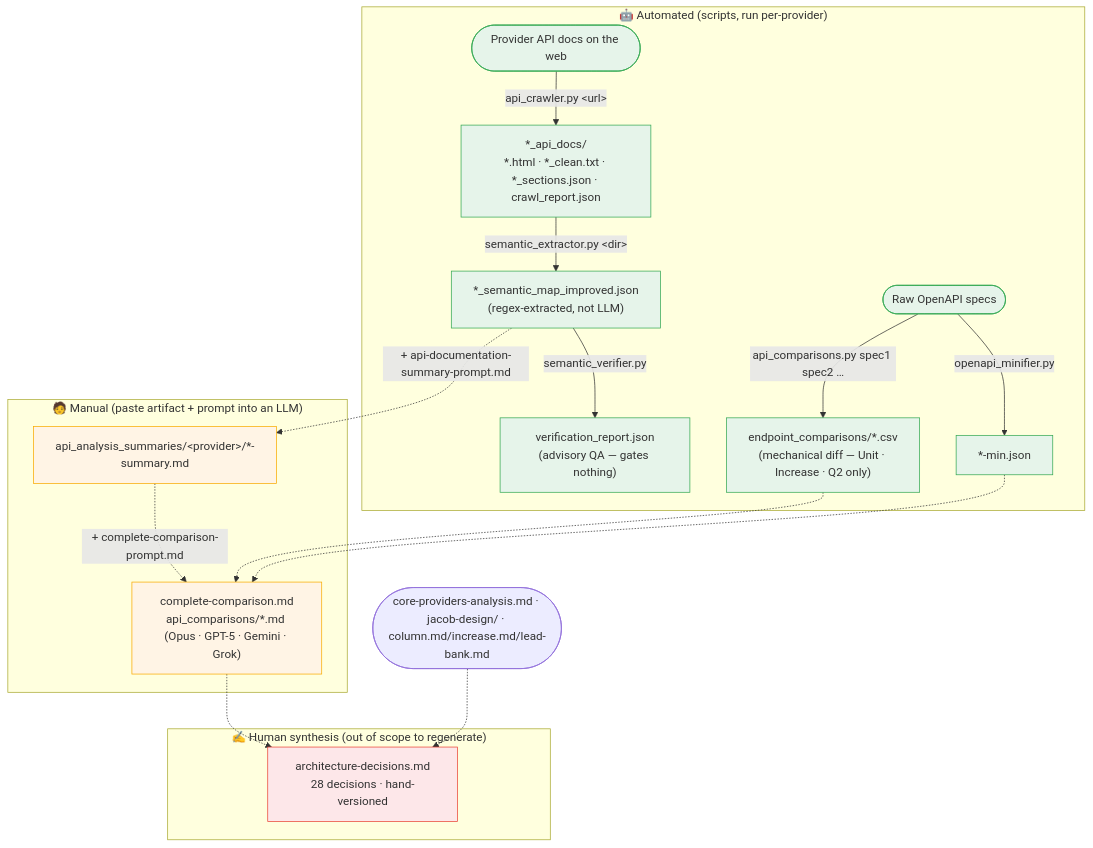
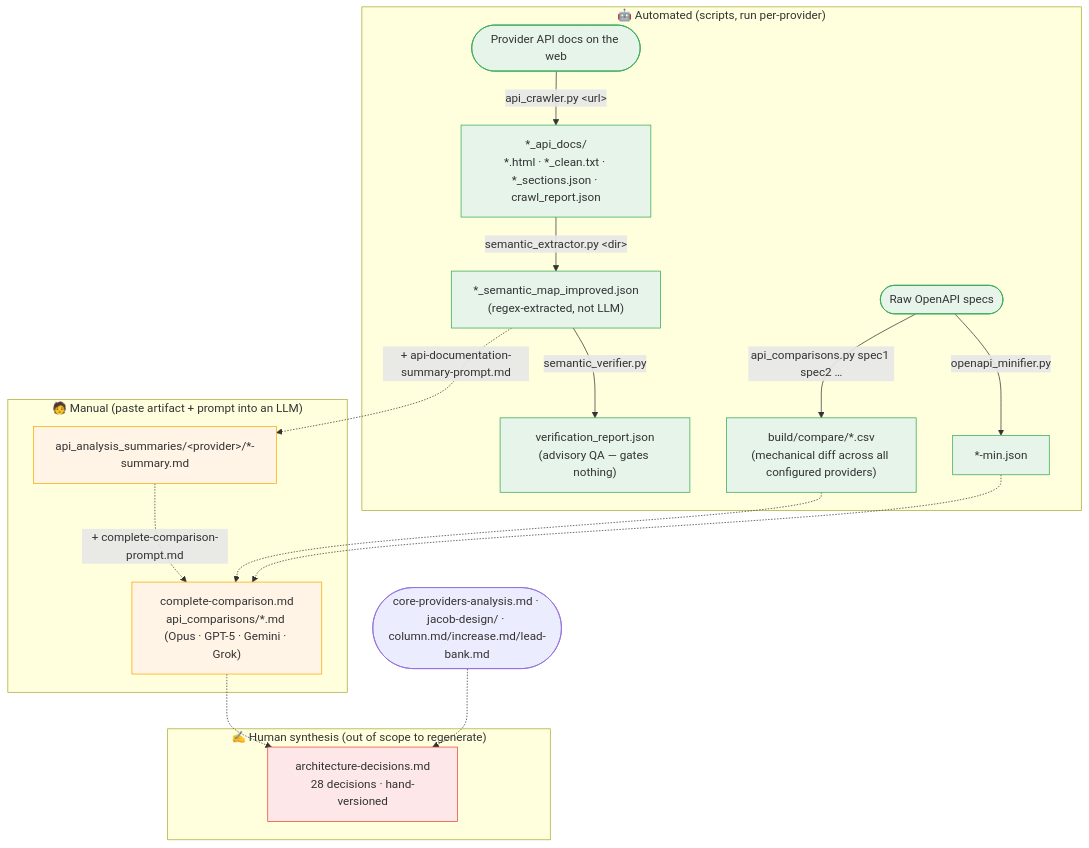
Before and after one commit to Cassandra-Labs-Foundation/cassandra-core: the diagram in research/PIPELINE.md, drawn with Mermaid. The commit also changed other lines of this file and 293 other files, not shown here.

````diff
--- a/research/PIPELINE.md
+++ b/research/PIPELINE.md
@@ -13,33 +13,33 @@
 ```mermaid
 flowchart TD
     subgraph AUTO["🤖 Automated (scripts, run per-provider)"]
         web([Provider API docs on the web])
         web -->|"api_crawler.py &lt;url&gt;"| raw["*_api_docs/<br/>*.html · *_clean.txt · *_sections.json · crawl_report.json"]
         raw -->|"semantic_extractor.py &lt;dir&gt;"| map["*_semantic_map_improved.json<br/>(regex-extracted, not LLM)"]
         map -->|"semantic_verifier.py"| qa["verification_report.json<br/>(advisory QA — gates nothing)"]
         specs([Raw OpenAPI specs]) -->|"openapi_minifier.py"| minspec["*-min.json"]
-        specs -->|"api_comparisons.py spec1 spec2 …"| csv["endpoint_comparisons/*.csv<br/>(mechanical diff — Unit · Increase · Q2 only)"]
+        specs -->|"api_comparisons.py spec1 spec2 …"| csv["build/compare/*.csv<br/>(mechanical diff across all configured providers)"]
     end
 
     subgraph MANUAL["🧑 Manual (paste artifact + prompt into an LLM)"]
         map -.->|"+ api-documentation-summary-prompt.md"| summaries["api_analysis_summaries/&lt;provider&gt;/*-summary.md"]
         summaries -.->|"+ complete-comparison-prompt.md"| compare["complete-comparison.md<br/>api_comparisons/*.md (Opus · GPT-5 · Gemini · Grok)"]
     end
 
     csv -.-> compare
     minspec -.-> compare
 
     subgraph HUMAN["✍️ Human synthesis (out of scope to regenerate)"]
         adr["architecture-decisions.md<br/>28 decisions · hand-versioned"]
     end
 
     compare -.-> adr
     handdocs([core-providers-analysis.md · jacob-design/ · column.md/increase.md/lead-bank.md]) -.-> adr
 
     classDef autobox fill:#e6f4ea,stroke:#34a853;
     classDef manualbox fill:#fff4e5,stroke:#f9ab00;
     classDef humanbox fill:#fde7e9,stroke:#ea4335;
     class web,raw,map,qa,specs,minspec,csv autobox;
     class summaries,compare manualbox;
     class adr humanbox;
 ```
````
